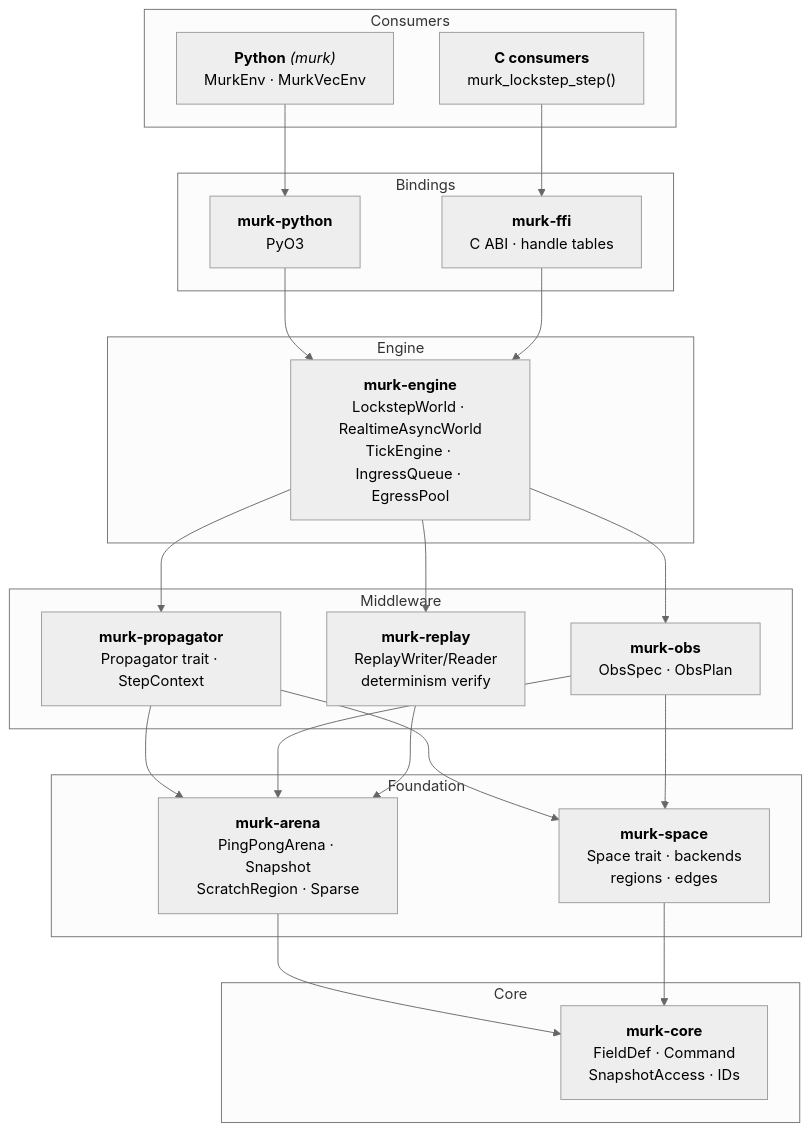
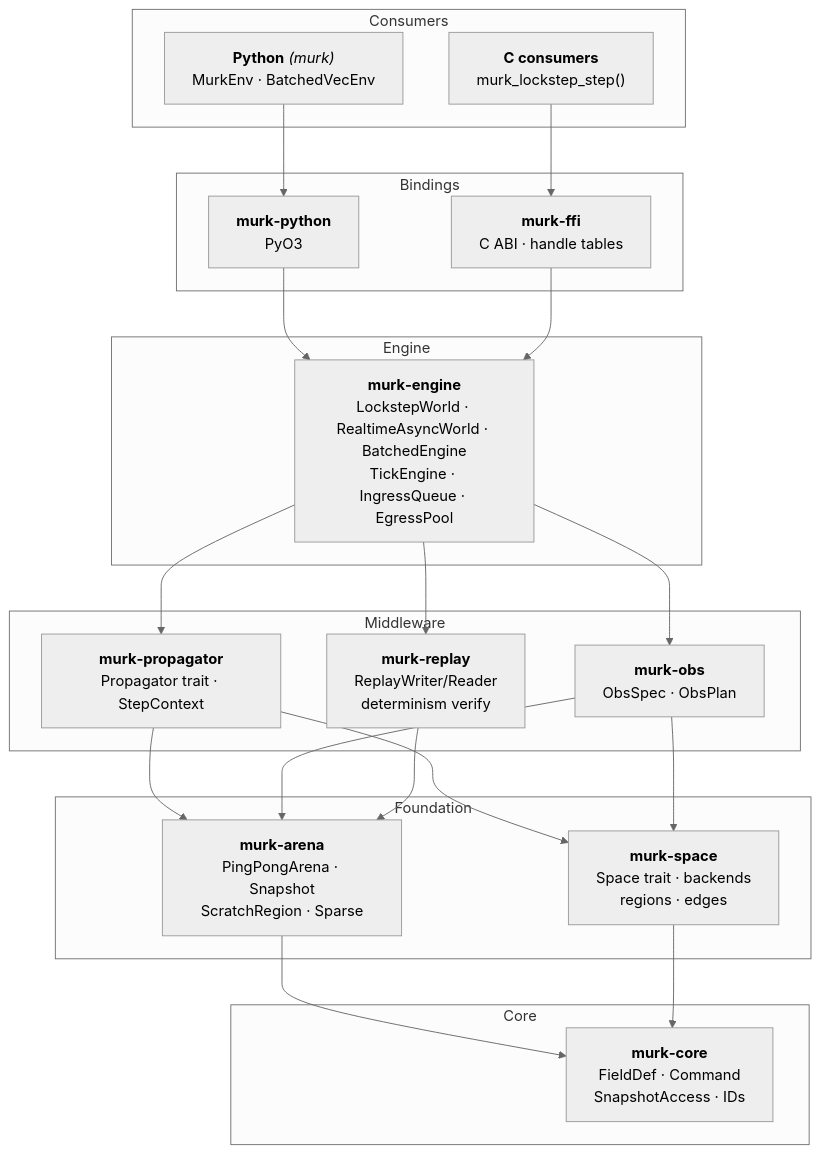
Before and after one commit to tachyon-beep/murk: the diagram in README.md, drawn with Mermaid (neutral theme). The commit also changed other lines of this file and 7 other files, not shown here.

First line of the commit message:
docs: add BatchedEngine documentation across all guides

````diff
--- a/README.md
+++ b/README.md
@@ -40,46 +43,46 @@
 ```mermaid
 flowchart TD
     subgraph consumers ["Consumers"]
-        py["<b>Python</b> <i>(murk)</i><br/>MurkEnv · MurkVecEnv"]
+        py["<b>Python</b> <i>(murk)</i><br/>MurkEnv · BatchedVecEnv"]
         cc["<b>C consumers</b><br/>murk_lockstep_step()"]
     end
 
     subgraph bindings ["Bindings"]
         mp["<b>murk‑python</b><br/>PyO3"]
         mf["<b>murk‑ffi</b><br/>C ABI · handle tables"]
     end
 
     subgraph engine ["Engine"]
-        me["<b>murk‑engine</b><br/>LockstepWorld · RealtimeAsyncWorld<br/>TickEngine · IngressQueue · EgressPool"]
+        me["<b>murk‑engine</b><br/>LockstepWorld · RealtimeAsyncWorld · BatchedEngine<br/>TickEngine · IngressQueue · EgressPool"]
     end
 
     subgraph middleware ["Middleware"]
         mprop["<b>murk‑propagator</b><br/>Propagator trait · StepContext"]
         mobs["<b>murk‑obs</b><br/>ObsSpec · ObsPlan"]
         mrep["<b>murk‑replay</b><br/>ReplayWriter/Reader<br/>determinism verify"]
     end
 
     subgraph foundation ["Foundation"]
         ma["<b>murk‑arena</b><br/>PingPongArena · Snapshot<br/>ScratchRegion · Sparse"]
         ms["<b>murk‑space</b><br/>Space trait · backends<br/>regions · edges"]
     end
 
     subgraph core ["Core"]
         mc["<b>murk‑core</b><br/>FieldDef · Command<br/>SnapshotAccess · IDs"]
     end
 
     py --> mp
     cc --> mf
     mp --> me
     mf --> me
     me --> mprop
     me --> mobs
     me --> mrep
     mprop --> ma
     mprop --> ms
     mobs --> ma
     mobs --> ms
     mrep --> ma
     ma --> mc
     ms --> mc
 ```
````
